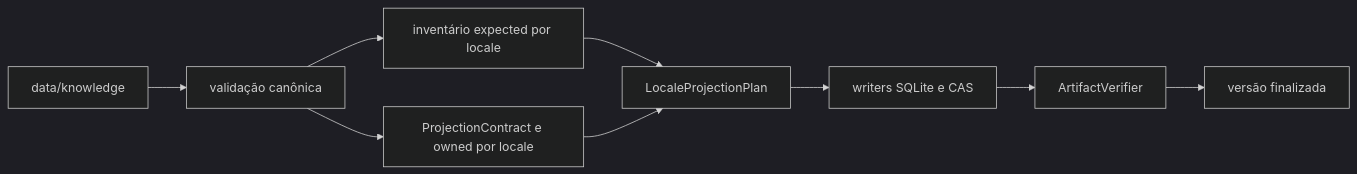
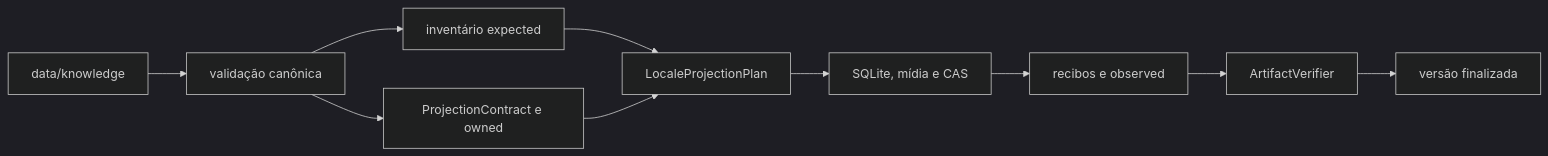
Before and after one commit to migmoroni/veterinary-clinic: the first of 2 diagrams in tools/knowledge-builder/README.md, drawn with Mermaid (dark theme). The commit also changed other lines of this file and 9 other files, not shown here.

````diff
--- a/tools/knowledge-builder/README.md
+++ b/tools/knowledge-builder/README.md
@@ -14,16 +45,17 @@
 ```mermaid
 flowchart LR
-    SOURCE[data/knowledge]
-    VALIDATION[validação canônica]
-    INVENTORY[inventário expected por locale]
-    CONTRACT[ProjectionContract e owned por locale]
-    PLAN[LocaleProjectionPlan]
-    WRITERS[writers SQLite e CAS]
-    VERIFY[ArtifactVerifier]
-    VERSION[versão finalizada]
+    SOURCE["data/knowledge"]
+    VALIDATION["validação canônica"]
+    INVENTORY["inventário expected"]
+    CONTRACT["ProjectionContract e owned"]
+    PLAN["LocaleProjectionPlan"]
+    EXECUTION["SQLite, mídia e CAS"]
+    LEDGER["recibos e observed"]
+    VERIFY["ArtifactVerifier"]
+    VERSION["versão finalizada"]
 
     SOURCE --> VALIDATION
     VALIDATION --> INVENTORY --> PLAN
     VALIDATION --> CONTRACT --> PLAN
-    PLAN --> WRITERS --> VERIFY --> VERSION
+    PLAN --> EXECUTION --> LEDGER --> VERIFY --> VERSION
 ```
````
